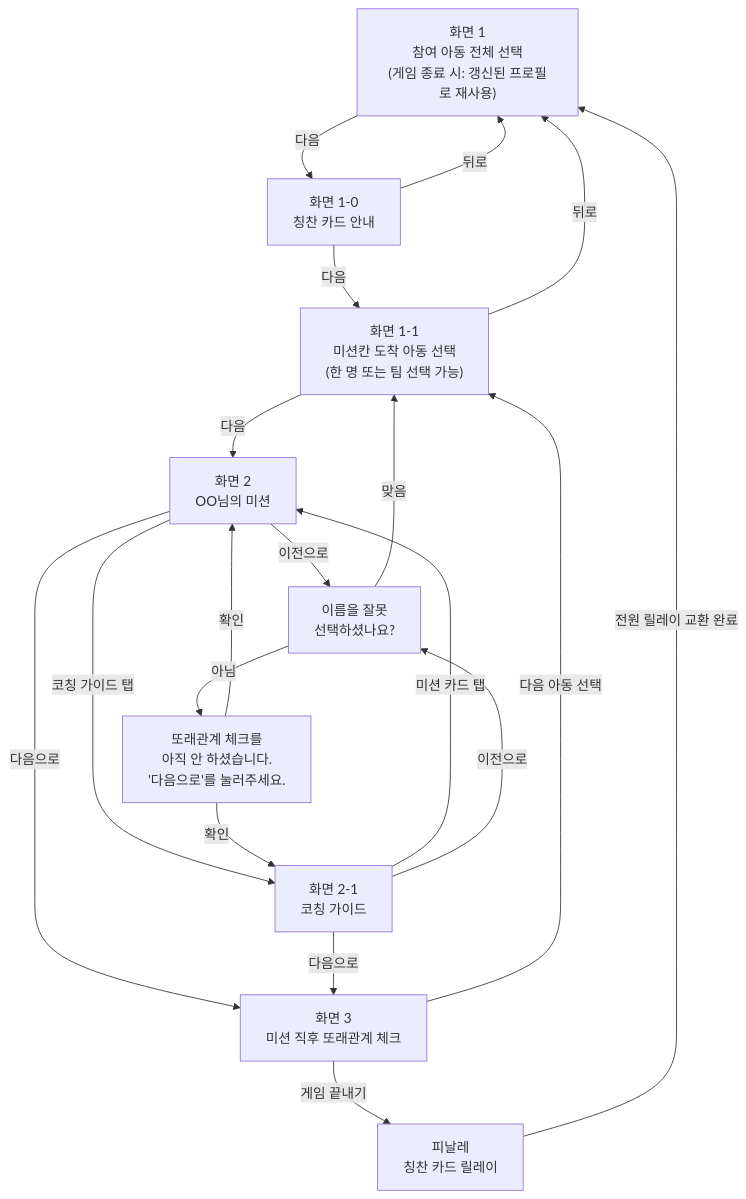
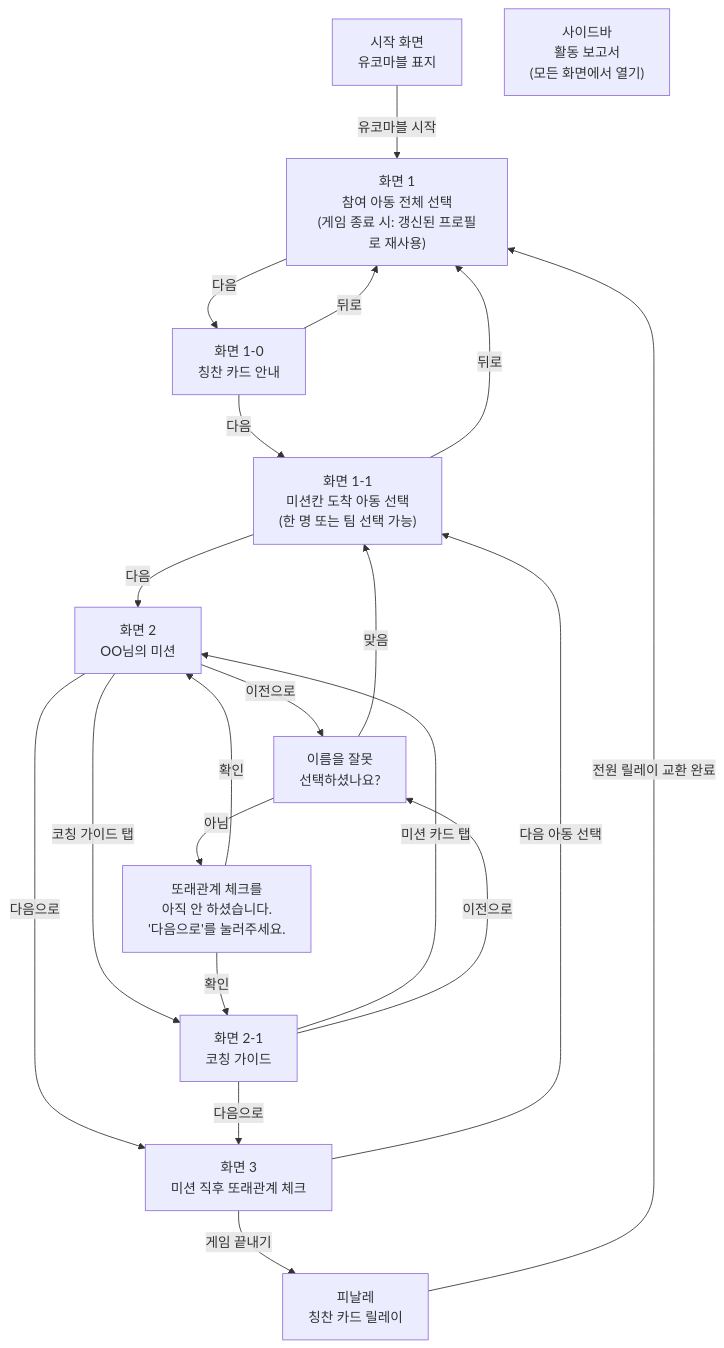
One commit to soul0320/buddy-mission-card changed the diagram in PRD.md. Above: the diagram before and after it, drawn with Mermaid. The commit also changed other lines of this file and 5 other files, not shown here.

````diff
--- a/PRD.md
+++ b/PRD.md
@@ -91,31 +99,34 @@
 ```mermaid
 flowchart TD
+    START["시작 화면<br/>유코마블 표지"]
     S1["화면 1<br/>참여 아동 전체 선택<br/>(게임 종료 시: 갱신된 프로필로 재사용)"]
     S1_1["화면 1-1<br/>미션칸 도착 아동 선택<br/>(한 명 또는 팀 선택 가능)"]
     S2["화면 2<br/>OO님의 미션"]
     S2_1["화면 2-1<br/>코칭 가이드"]
     S3["화면 3<br/>미션 직후 또래관계 체크"]
     CHECK["이름을 잘못<br/>선택하셨나요?"]
     NOTICE["또래관계 체크를<br/>아직 안 하셨습니다.<br/>'다음으로'를 눌러주세요."]
     CARD["화면 1-0<br/>칭찬 카드 안내"]
     FIN["피날레<br/>칭찬 카드 릴레이"]
+    REP["사이드바<br/>활동 보고서<br/>(모든 화면에서 열기)"]
 
+    START -->|유코마블 시작| S1
     S1 -->|다음| CARD
     CARD -->|뒤로| S1
     CARD -->|다음| S1_1
     S1_1 -->|뒤로| S1
     S1_1 -->|다음| S2
     S2 -->|이전으로| CHECK
     S2 -->|코칭 가이드 탭| S2_1
     S2 -->|다음으로| S3
     S2_1 -->|미션 카드 탭| S2
     S2_1 -->|이전으로| CHECK
     S2_1 -->|다음으로| S3
     CHECK -->|맞음| S1_1
     CHECK -->|아님| NOTICE
     NOTICE -->|확인| S2
     NOTICE -->|확인| S2_1
     S3 -->|다음 아동 선택| S1_1
     S3 -->|게임 끝내기| FIN
     FIN -->|전원 릴레이 교환 완료| S1
 ```
````
